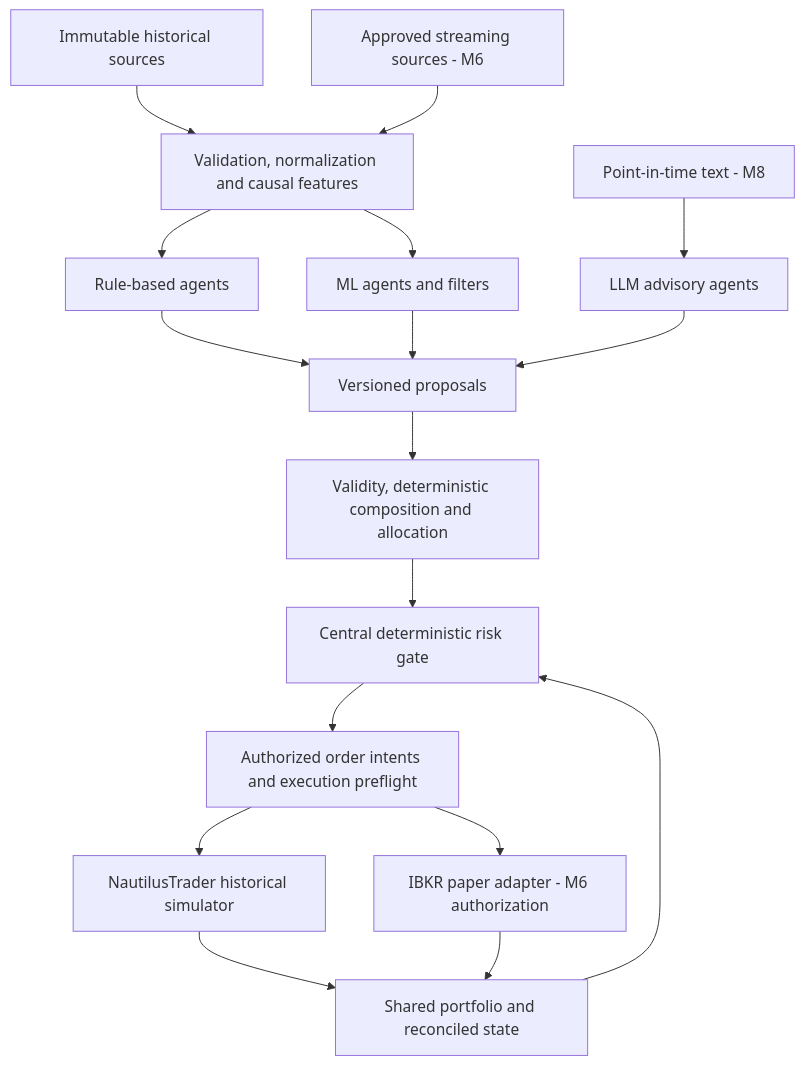
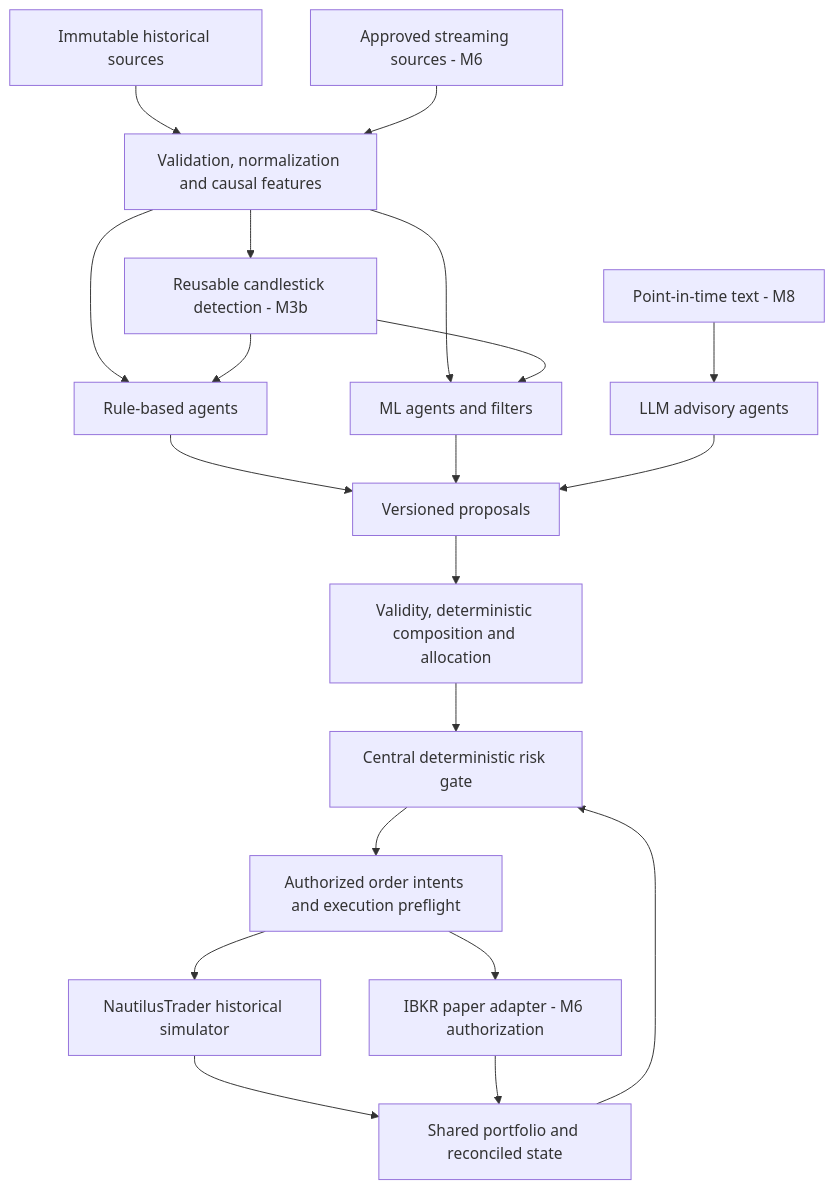
The diagram in docs/ARCHITECTURE.md (antoniesuciu/drift), drawn with Mermaid before and after one commit. The commit also changed other lines of this file and 8 other files, not shown here.

````diff
--- a/docs/ARCHITECTURE.md
+++ b/docs/ARCHITECTURE.md
@@ -9,19 +9,22 @@
 ```mermaid
 flowchart TD
     Historical[Immutable historical sources] --> Data[Validation, normalization and causal features]
     Streaming[Approved streaming sources - M6] --> Data
     Text[Point-in-time text - M8] --> LLM[LLM advisory agents]
     Data --> Rules[Rule-based agents]
     Data --> ML[ML agents and filters]
+    Data --> Patterns[Reusable candlestick detection - M3b]
+    Patterns --> Rules
+    Patterns --> ML
     Rules --> Proposals[Versioned proposals]
     ML --> Proposals
     LLM --> Proposals
     Proposals --> Policy[Validity, deterministic composition and allocation]
     Policy --> Risk[Central deterministic risk gate]
     Ledger[Shared portfolio and reconciled state] --> Risk
     Risk --> Execution[Authorized order intents and execution preflight]
     Execution --> Simulation[NautilusTrader historical simulator]
     Execution --> Paper[IBKR paper adapter - M6 authorization]
     Simulation --> Ledger
     Paper --> Ledger
 ```
````
